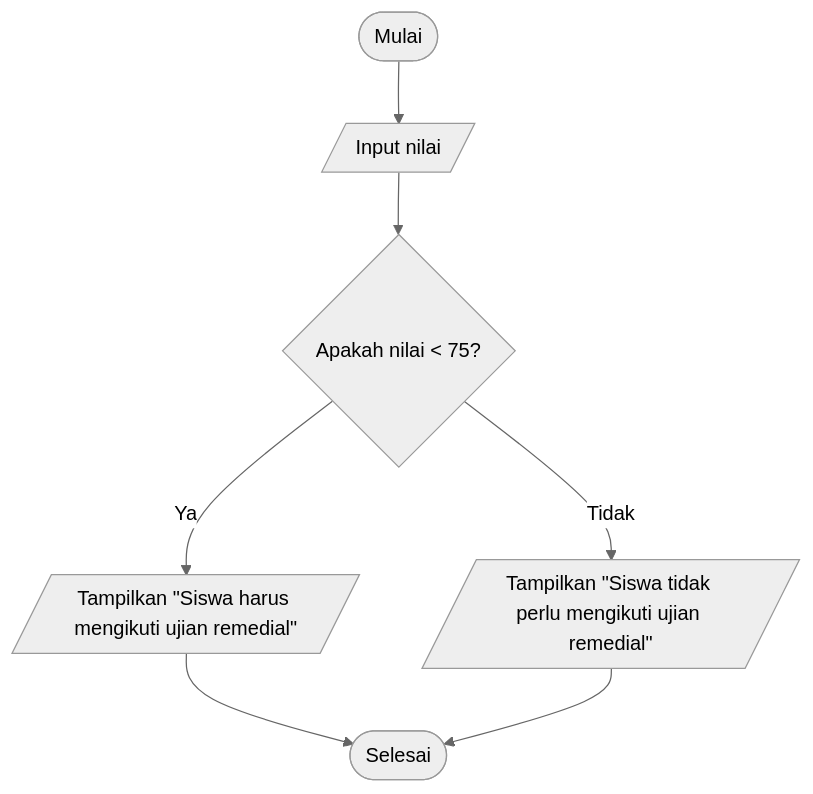
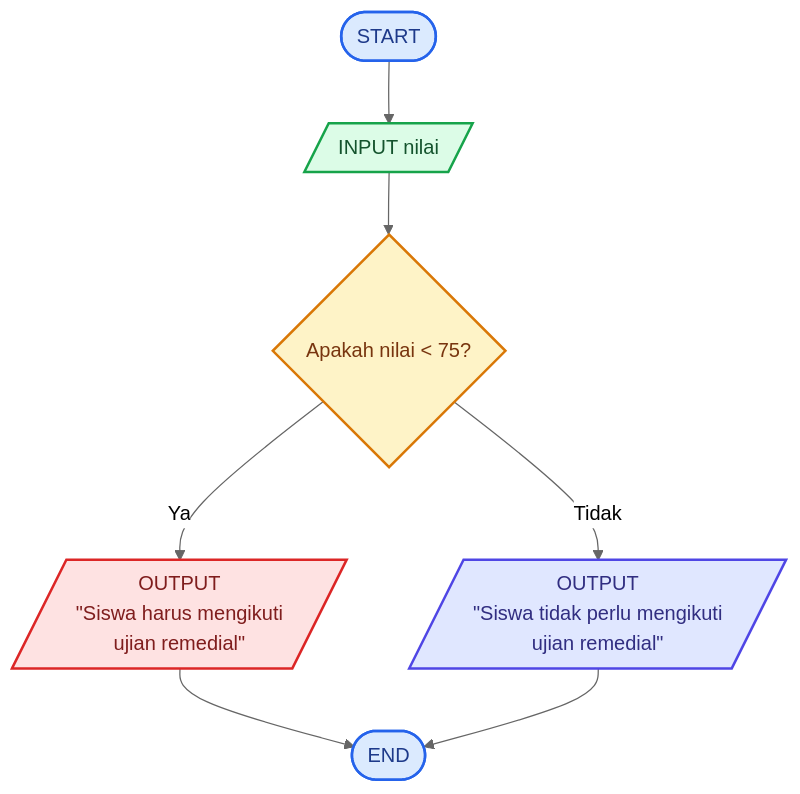
One commit to FikriYustiawann/KELAS-3-E-ALGORITMA-PEMOGRAMAN changed the diagram in README.md. Above: the diagram before and after it, drawn with Mermaid (neutral theme).

````diff
--- a/README.md
+++ b/README.md
@@ -21,9 +21,18 @@
 ```mermaid
 flowchart TD
-    A([Mulai]) --> B[/Input nilai/]
+    A([START]) --> B[/INPUT nilai/]
     B --> C{Apakah nilai < 75?}
-    C -->|Ya| D[/Tampilkan "Siswa harus mengikuti ujian remedial"/]
-    C -->|Tidak| E[/Tampilkan "Siswa tidak perlu mengikuti ujian remedial"/]
-    D --> F([Selesai])
+
+    C -->|Ya| D[/OUTPUT<br/>"Siswa harus mengikuti<br/>ujian remedial"/]
+    C -->|Tidak| E[/OUTPUT<br/>"Siswa tidak perlu mengikuti<br/>ujian remedial"/]
+
+    D --> F([END])
     E --> F
+
+    style A fill:#dbeafe,stroke:#2563eb,stroke-width:2px,color:#1e3a8a
+    style B fill:#dcfce7,stroke:#16a34a,stroke-width:2px,color:#14532d
+    style C fill:#fef3c7,stroke:#d97706,stroke-width:2px,color:#78350f
+    style D fill:#fee2e2,stroke:#dc2626,stroke-width:2px,color:#7f1d1d
+    style E fill:#e0e7ff,stroke:#4f46e5,stroke-width:2px,color:#312e81
+    style F fill:#dbeafe,stroke:#2563eb,stroke-width:2px,color:#1e3a8a
 ```
````
